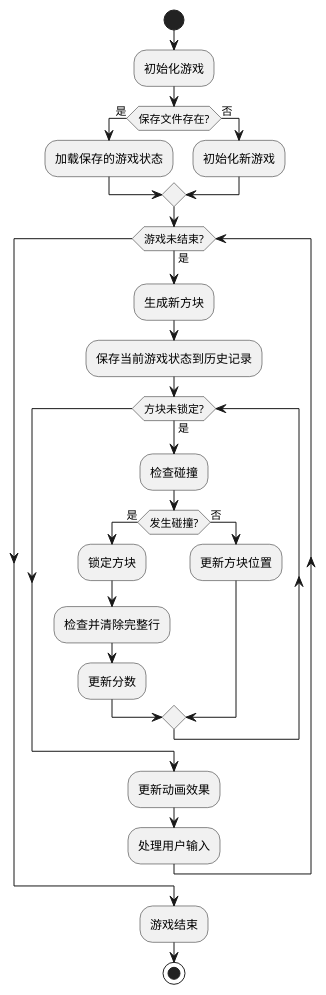
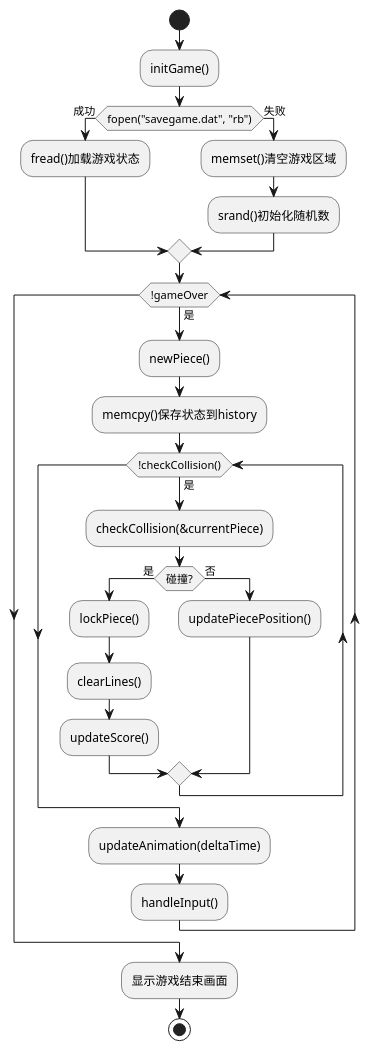
Before and after one commit to cmdblock/SDLTetris: the first of 4 diagrams in diagrams/main.puml, drawn with PlantUML. The commit also changed other lines of this file, not shown here.

Commit message:
refactor: Update UML diagrams with actual function calls and variables

```diff
--- a/diagrams/main.puml
+++ b/diagrams/main.puml
@@ -1,33 +1,34 @@
 @startuml
 start
 
-:初始化游戏;
-if (保存文件存在?) then (是)
-  :加载保存的游戏状态;
-else (否)
-  :初始化新游戏;
+:initGame();
+if (fopen("savegame.dat", "rb")) then (成功)
+  :fread()加载游戏状态;
+else (失败)
+  :memset()清空游戏区域;
+  :srand()初始化随机数;
 endif
 
-while (游戏未结束?) is (是)
-  :生成新方块;
-  :保存当前游戏状态到历史记录;
+while (!gameOver) is (是)
+  :newPiece();
+  :memcpy()保存状态到history;
   
-  while (方块未锁定?) is (是)
-    :检查碰撞;
-    if (发生碰撞?) then (是)
-      :锁定方块;
-      :检查并清除完整行;
-      :更新分数;
+  while (!checkCollision()) is (是)
+    :checkCollision(&currentPiece);
+    if (碰撞?) then (是)
+      :lockPiece();
+      :clearLines();
+      :updateScore();
     else (否)
-      :更新方块位置;
+      :updatePiecePosition();
     endif
   endwhile
   
-  :更新动画效果;
-  :处理用户输入;
+  :updateAnimation(deltaTime);
+  :handleInput();
 endwhile
 
-:游戏结束;
+:显示游戏结束画面;
 stop
 
 @enduml
```
